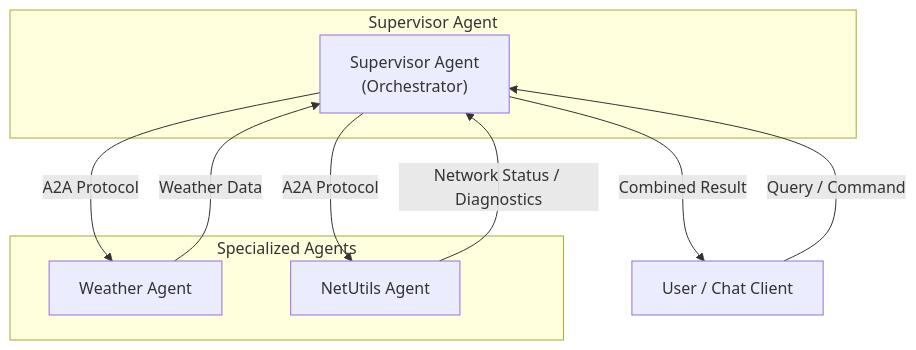
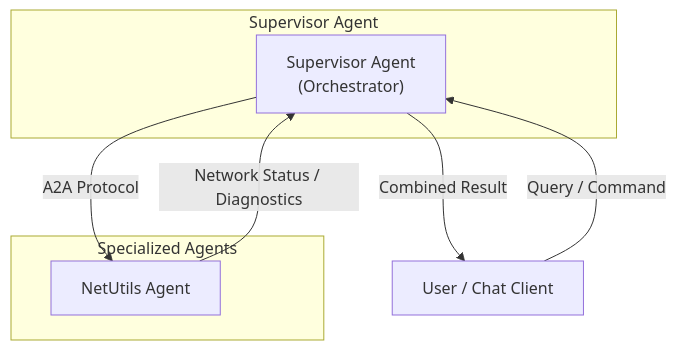
Before and after one commit to cnoe-io/ai-platform-engineering: the diagram in docs/docs/workshop/20-mas.md, drawn with Mermaid. The commit also changed other lines of this file and 6 other files, not shown here.

Commit message:
chore(chart): rename agent-<x> aliases/tags and MCP service DNS to mcp-<x>

````diff
--- a/docs/docs/workshop/20-mas.md
+++ b/docs/docs/workshop/20-mas.md
@@ -226,20 +225,17 @@
 ```mermaid
 graph TD
   subgraph supervisorBlock ["Supervisor Agent"]
     S["Supervisor Agent<br/>(Orchestrator)"]
   end
 
   subgraph agentBlock ["Specialized Agents"]
-    W["Weather Agent"]
     NU["NetUtils Agent"]
   end
 
   U["User / Chat Client"]
 
   U -- "Query / Command" --> S
-  S -- "A2A Protocol" --> W
   S -- "A2A Protocol" --> NU
-  W -- "Weather Data" --> S
   NU -- "Network Status / Diagnostics" --> S
   S -- "Combined Result" --> U
 ```
````
